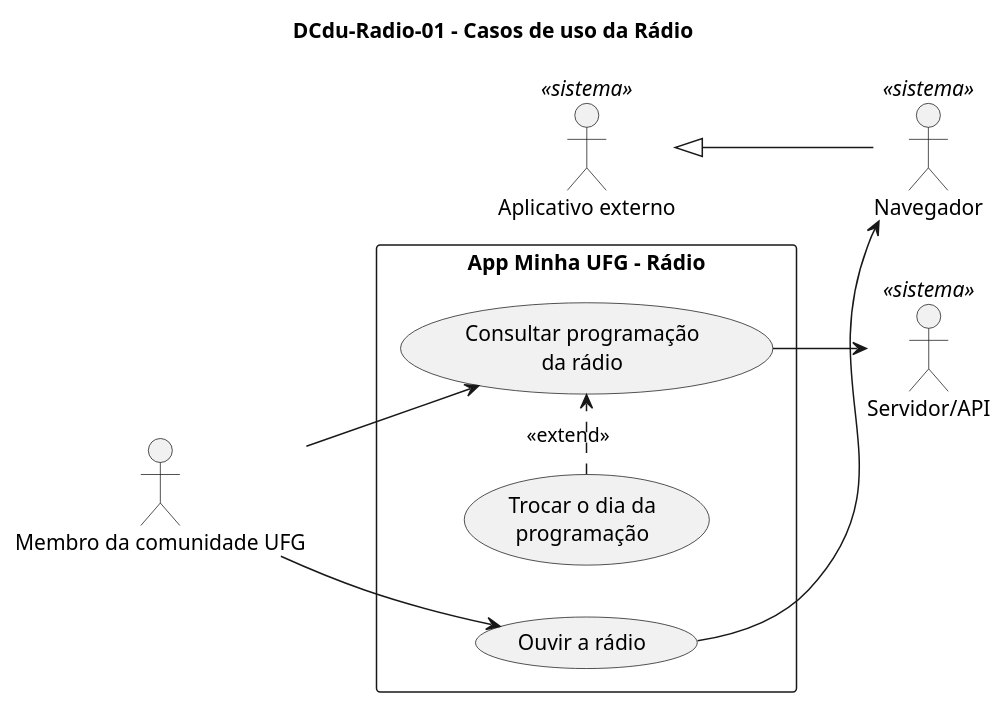
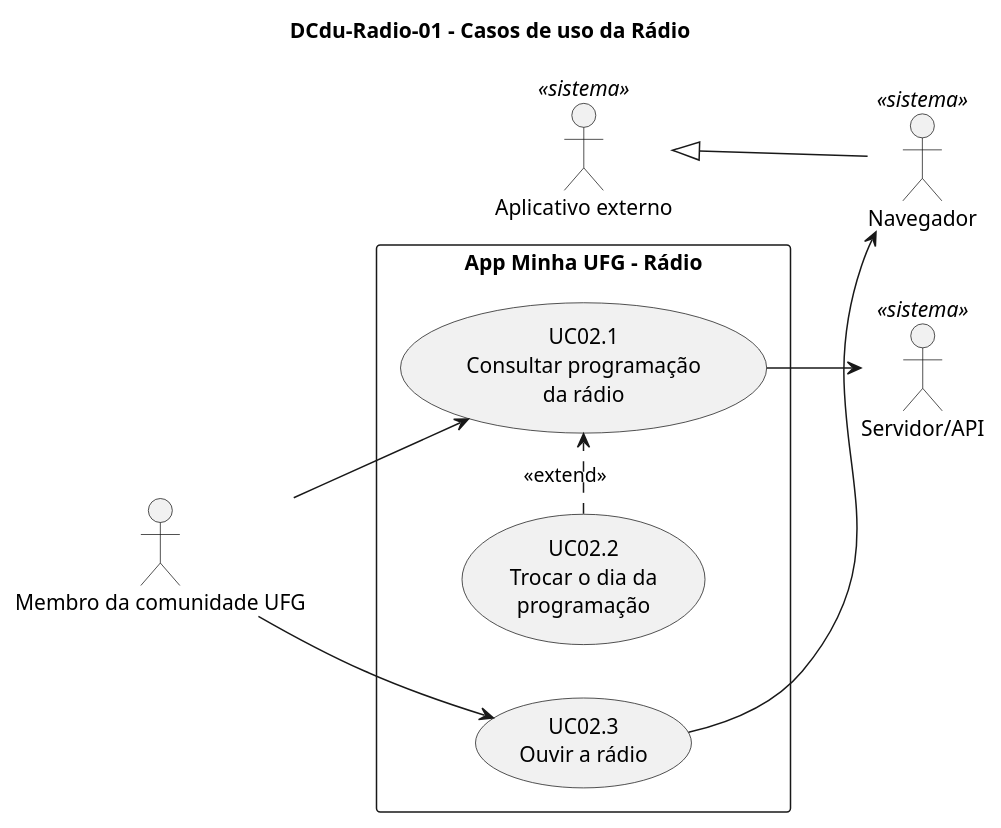
One commit to joseduardogon/Minha_UFG_Grupo_Cinza changed the diagram in Radio/DCdu-Radio-01.puml. Above: the diagram before and after it, drawn with PlantUML. The commit also changed 30 other files, not shown here.

```diff
--- a/Radio/DCdu-Radio-01.puml
+++ b/Radio/DCdu-Radio-01.puml
@@ -1,23 +1,23 @@
 @startuml DCdu-Radio-01
 title DCdu-Radio-01 – Casos de uso da Rádio
 left to right direction
 skinparam packageStyle rectangle
 
 actor "Membro da comunidade UFG" as Membro
 actor "Servidor/API" as API <<sistema>>
 actor "Aplicativo externo" as AppExt <<sistema>>
 actor "Navegador" as Nav <<sistema>>
 Nav -up-|> AppExt
 
 rectangle "App Minha UFG – Rádio" {
-  usecase "Consultar programação\nda rádio" as UC021
-  usecase "Trocar o dia da\nprogramação" as UC022
-  usecase "Ouvir a rádio" as UC023
+  usecase "UC02.1\nConsultar programação\nda rádio" as UC021
+  usecase "UC02.2\nTrocar o dia da\nprogramação" as UC022
+  usecase "UC02.3\nOuvir a rádio" as UC023
 }
 
 Membro --> UC021
 Membro --> UC023
 UC022 .> UC021 : <<extend>>
 UC021 --> API
 UC023 --> Nav
 @enduml
```
